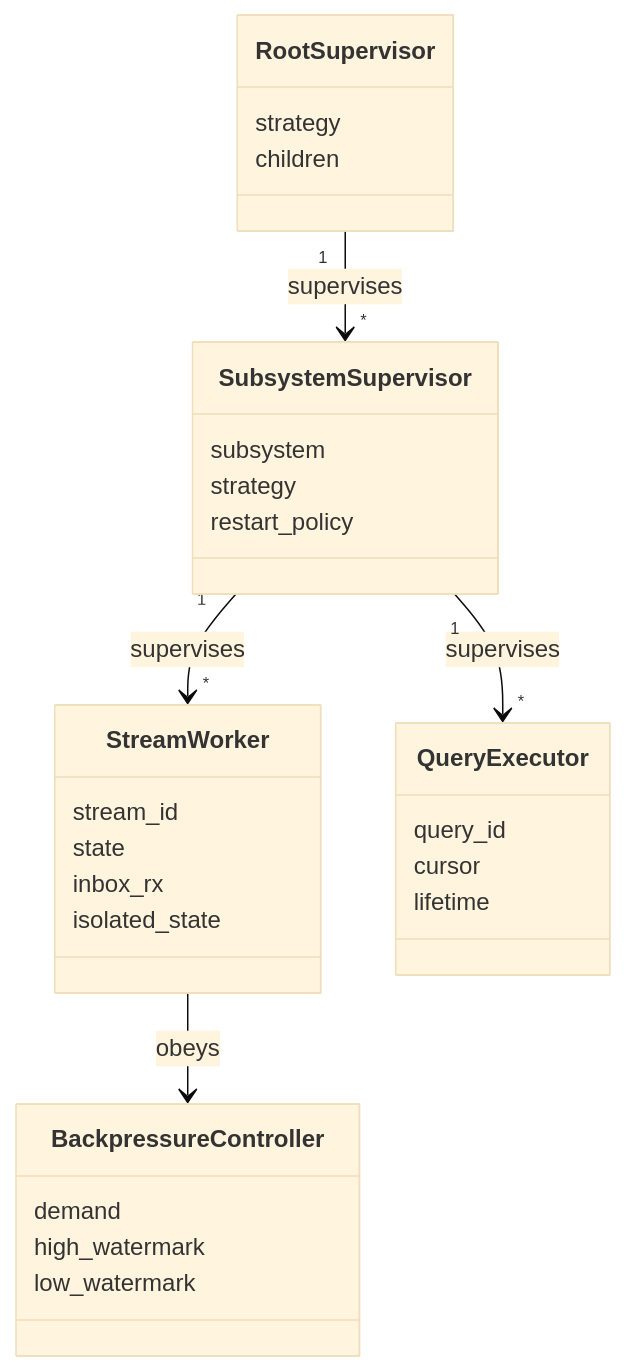
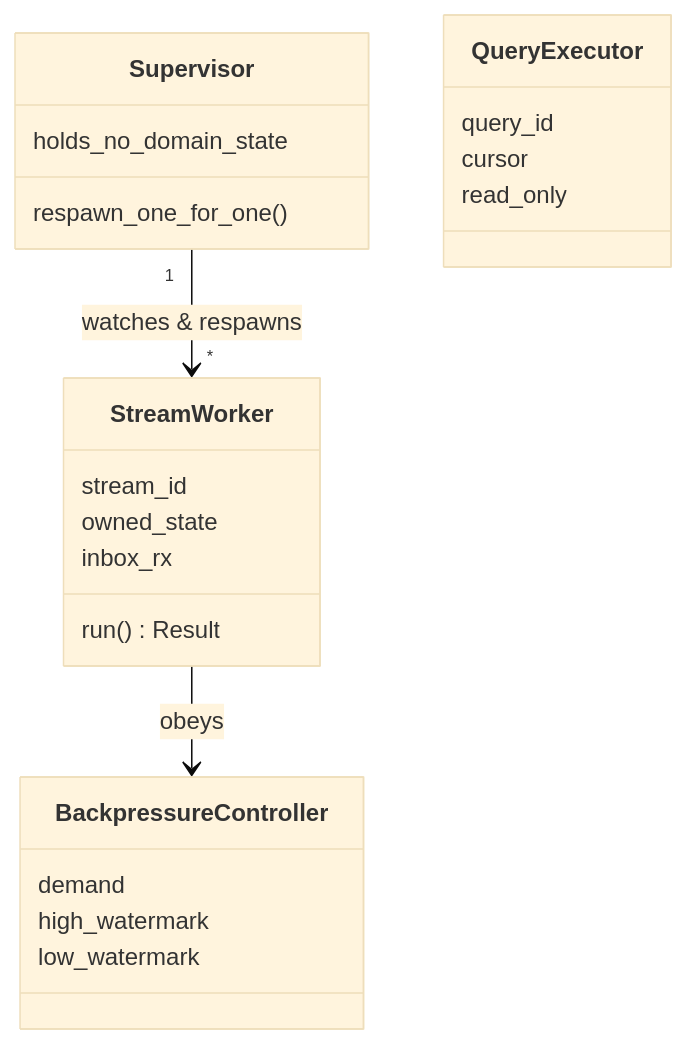
The third of 7 diagrams in RFC/RFC-0012-Execution-Runtime-Model.md (carvalhosauro/lode), drawn with Mermaid (base theme) before and after one commit. The commit also changed other lines of this file, not shown here.

First line of the commit message:
docs(rfc): rebalance RFC-0012 runtime to Result-first

````diff
--- a/RFC/RFC-0012-Execution-Runtime-Model.md
+++ b/RFC/RFC-0012-Execution-Runtime-Model.md
@@ -117,38 +117,30 @@
 ```mermaid
 classDiagram
 
-class RootSupervisor {
-  strategy
-  children
-}
-
-class SubsystemSupervisor {
-  subsystem
-  strategy
-  restart_policy
+class Supervisor {
+  respawn_one_for_one()
+  holds_no_domain_state
 }
 
 class StreamWorker {
   stream_id
-  state
+  owned_state
   inbox_rx
-  isolated_state
+  run() Result
 }
 
 class QueryExecutor {
   query_id
   cursor
-  lifetime
+  read_only
 }
 
 class BackpressureController {
   demand
   high_watermark
   low_watermark
 }
 
-RootSupervisor "1" --> "*" SubsystemSupervisor : supervises
-SubsystemSupervisor "1" --> "*" StreamWorker : supervises
-SubsystemSupervisor "1" --> "*" QueryExecutor : supervises
+Supervisor "1" --> "*" StreamWorker : watches & respawns
 StreamWorker --> BackpressureController : obeys
 ```
````
